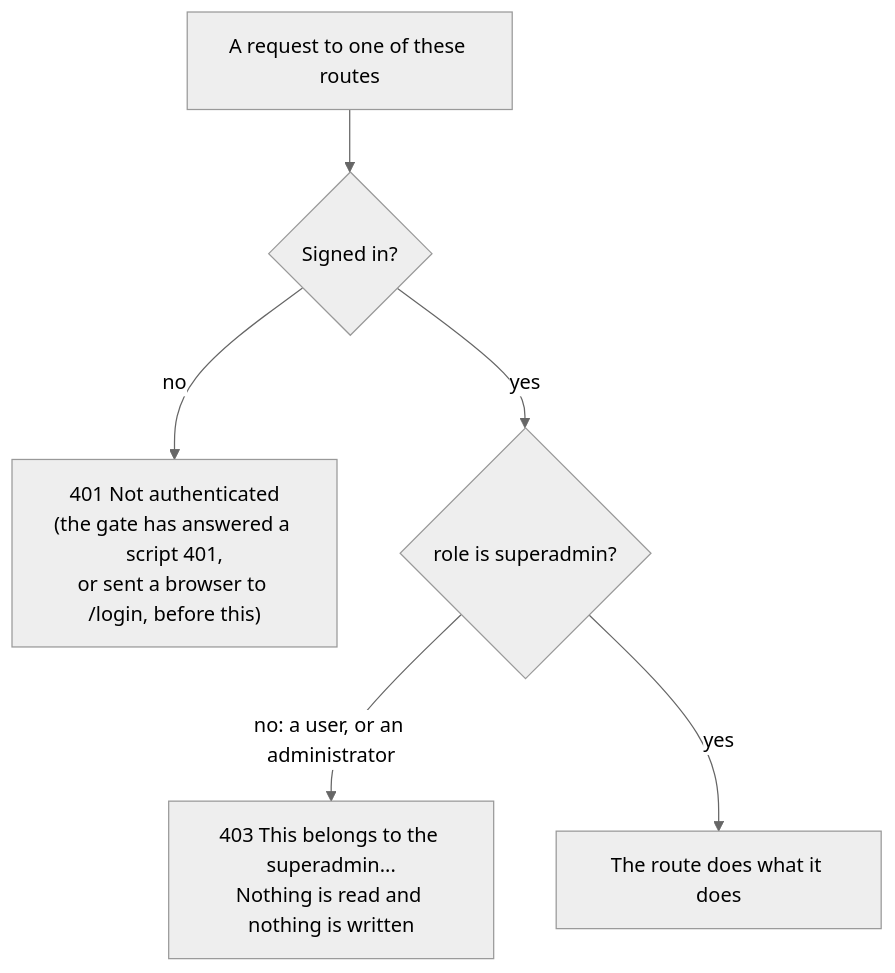
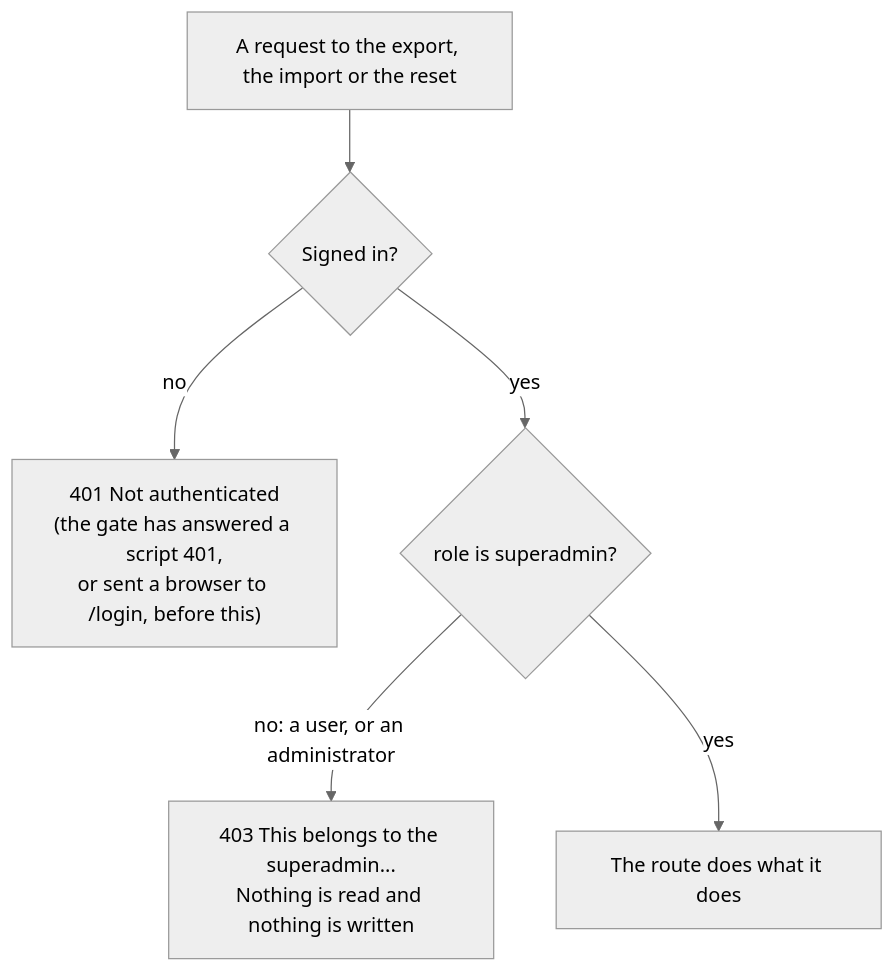
One commit to gitBoon/DumpFire changed diagram 13 of 32 in docs/authentication-security.md. Above: the diagram before and after it, drawn with Mermaid (neutral theme). The commit also changed other lines of this file and 33 other files, not shown here.

````diff
--- a/docs/authentication-security.md
+++ b/docs/authentication-security.md
@@ -1775,8 +1778,8 @@
 ```mermaid
 flowchart TD
-    Req["A request to one of these routes"] --> Signed{"Signed in?"}
+    Req["A request to the export, the import or the reset"] --> Signed{"Signed in?"}
     Signed -->|"no"| R401["401 Not authenticated\n(the gate has answered a script 401,\nor sent a browser to /login, before this)"]
     Signed -->|"yes"| Role{"role is superadmin?"}
     Role -->|"no: a user, or an administrator"| R403["403 This belongs to the superadmin...\nNothing is read and nothing is written"]
     Role -->|"yes"| Does["The route does what it does"]
 ```
````
